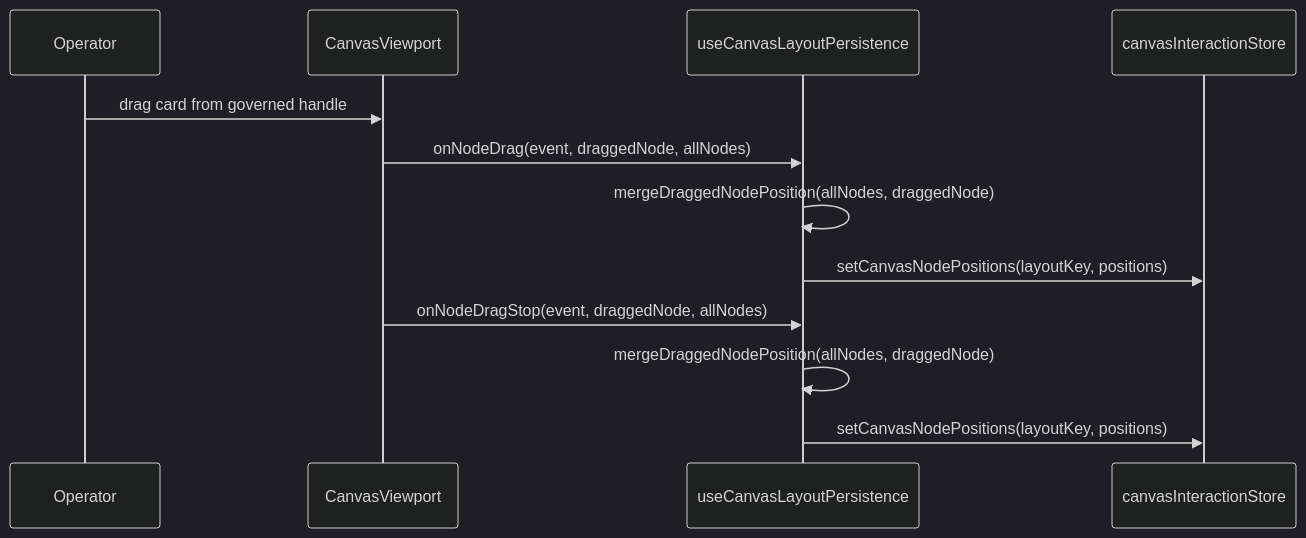
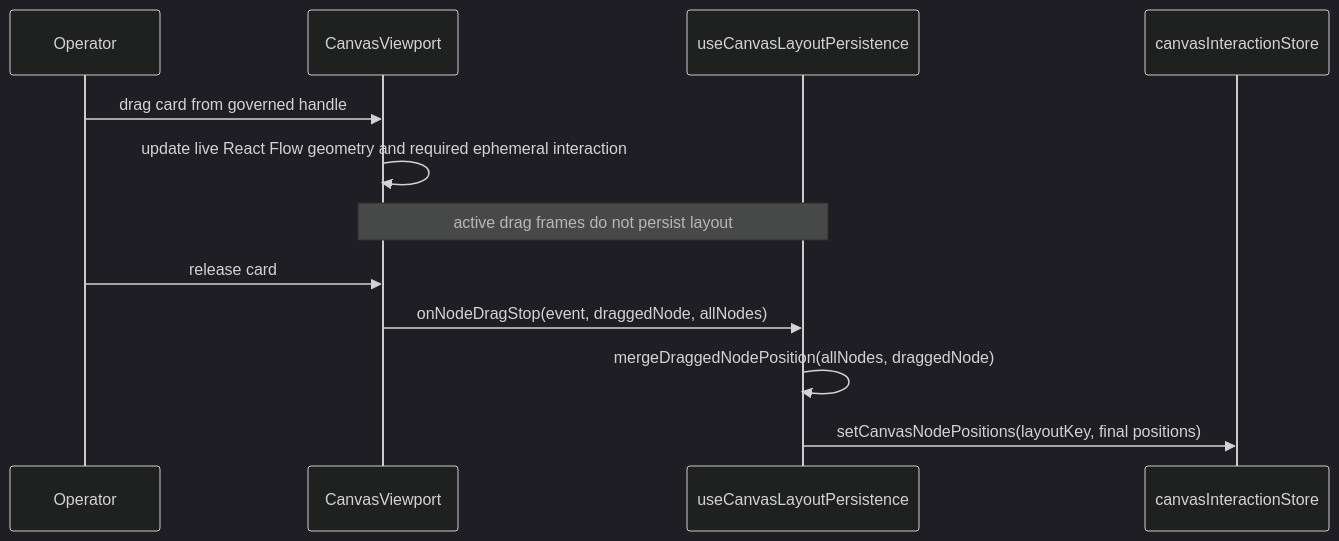
One commit to dunay2/dvt changed the first of 4 diagrams in docs/architecture/components/web/graph/canvas-layout-persistence-component.md. Above: the diagram before and after it, drawn with Mermaid (dark theme). The commit also changed other lines of this file, not shown here.

Commit message:
docs(web): record settled-only Canvas drag persistence (#2963)

````diff
--- a/docs/architecture/components/web/graph/canvas-layout-persistence-component.md
+++ b/docs/architecture/components/web/graph/canvas-layout-persistence-component.md
@@ -123,15 +123,15 @@
 ```mermaid
 sequenceDiagram
   participant Operator
   participant Viewport as CanvasViewport
   participant Layout as useCanvasLayoutPersistence
   participant Store as canvasInteractionStore
 
   Operator->>Viewport: drag card from governed handle
-  Viewport->>Layout: onNodeDrag(event, draggedNode, allNodes)
-  Layout->>Layout: mergeDraggedNodePosition(allNodes, draggedNode)
-  Layout->>Store: setCanvasNodePositions(layoutKey, positions)
+  Viewport->>Viewport: update live React Flow geometry and required ephemeral interaction
+  Note over Viewport,Layout: active drag frames do not persist layout
+  Operator->>Viewport: release card
   Viewport->>Layout: onNodeDragStop(event, draggedNode, allNodes)
   Layout->>Layout: mergeDraggedNodePosition(allNodes, draggedNode)
-  Layout->>Store: setCanvasNodePositions(layoutKey, positions)
+  Layout->>Store: setCanvasNodePositions(layoutKey, final positions)
 ```
````
